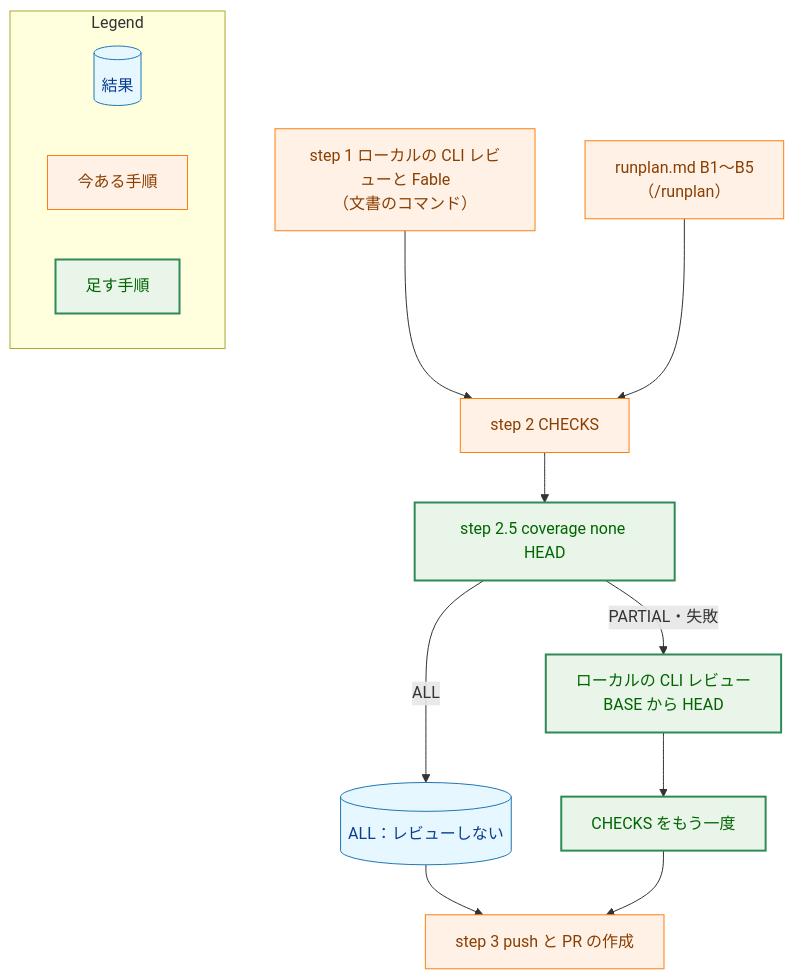
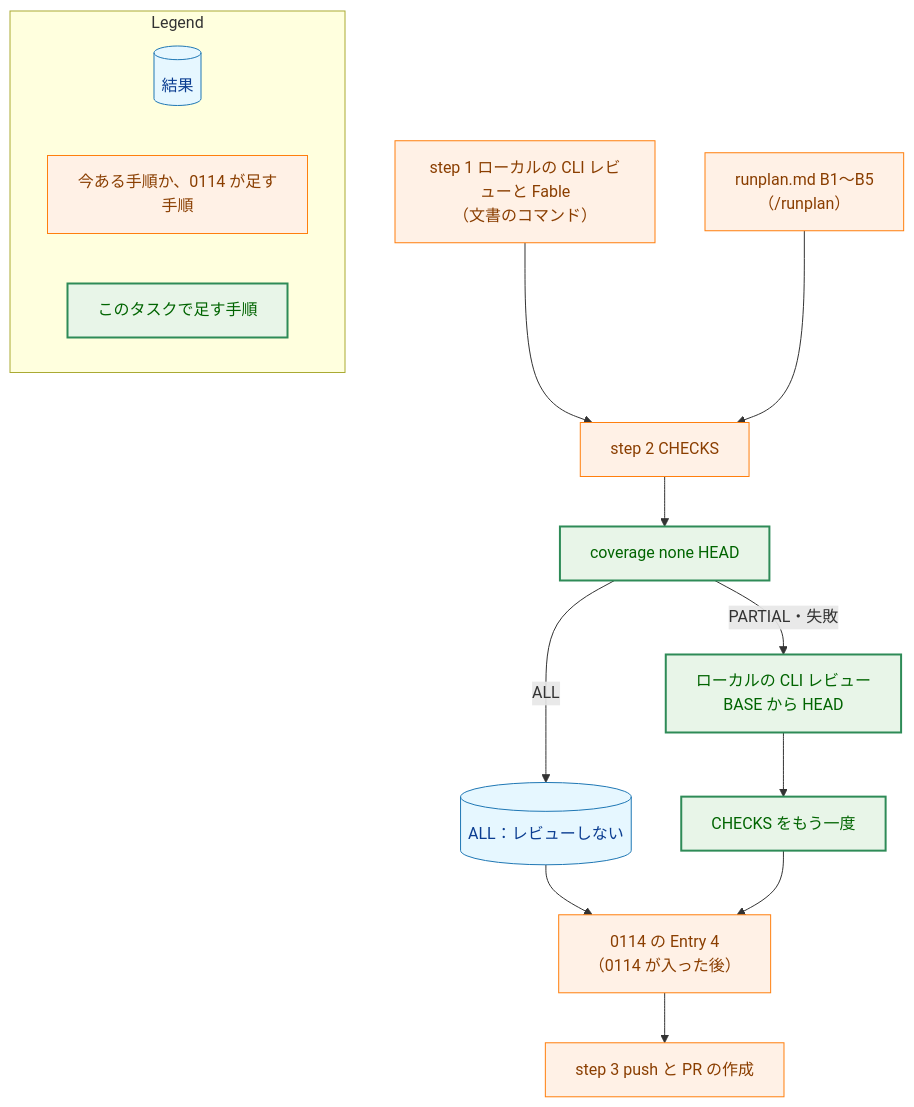
One commit to isseis/yt2column changed the sixth of 6 diagrams in docs/tasks/0118_codex_removal/02_architecture.md. Above: the diagram before and after it, drawn with Mermaid. The commit also changed other lines of this file and 3 other files, not shown here.

First line of the commit message:
docs(0118): apply the review fixes to the architecture

````diff
--- a/docs/tasks/0118_codex_removal/02_architecture.md
+++ b/docs/tasks/0118_codex_removal/02_architecture.md
@@ -652,37 +792,39 @@
 ```mermaid
 flowchart TD
     classDef data fill:#e6f7ff,stroke:#1f77b4,stroke-width:1px,color:#0b3d91;
     classDef process fill:#fff1e6,stroke:#ff7f0e,stroke-width:1px,color:#8a3e00;
     classDef enhanced fill:#e8f5e8,stroke:#2e8b57,stroke-width:2px,color:#006400;
 
     S1["step 1 ローカルの CLI レビューと Fable<br>（文書のコマンド）"]
     OPUS["runplan.md B1〜B5<br>（/runplan）"]
     S2["step 2 CHECKS"]
-    COV["step 2.5 coverage none HEAD"]
+    COV["coverage none HEAD"]
     ALL[("ALL：レビューしない")]
     LCR["ローカルの CLI レビュー<br>BASE から HEAD"]
     S2B["CHECKS をもう一度"]
+    E4["0114 の Entry 4<br>（0114 が入った後）"]
     S3["step 3 push と PR の作成"]
 
     S1 --> S2
     OPUS --> S2
     S2 --> COV
     COV -->|"ALL"| ALL
     COV -->|"PARTIAL・失敗"| LCR
     LCR --> S2B
-    ALL --> S3
-    S2B --> S3
+    ALL --> E4
+    S2B --> E4
+    E4 --> S3
 
     class ALL data
-    class S1,OPUS,S2,S3 process
+    class S1,OPUS,S2,E4,S3 process
     class COV,LCR,S2B enhanced
 
     subgraph Legend["Legend"]
         L1[("結果")]
-        L2["今ある手順"]
-        L3["足す手順"]
+        L2["今ある手順か、0114 が足す手順"]
+        L3["このタスクで足す手順"]
     end
     class L1 data
     class L2 process
     class L3 enhanced
 ```
````
